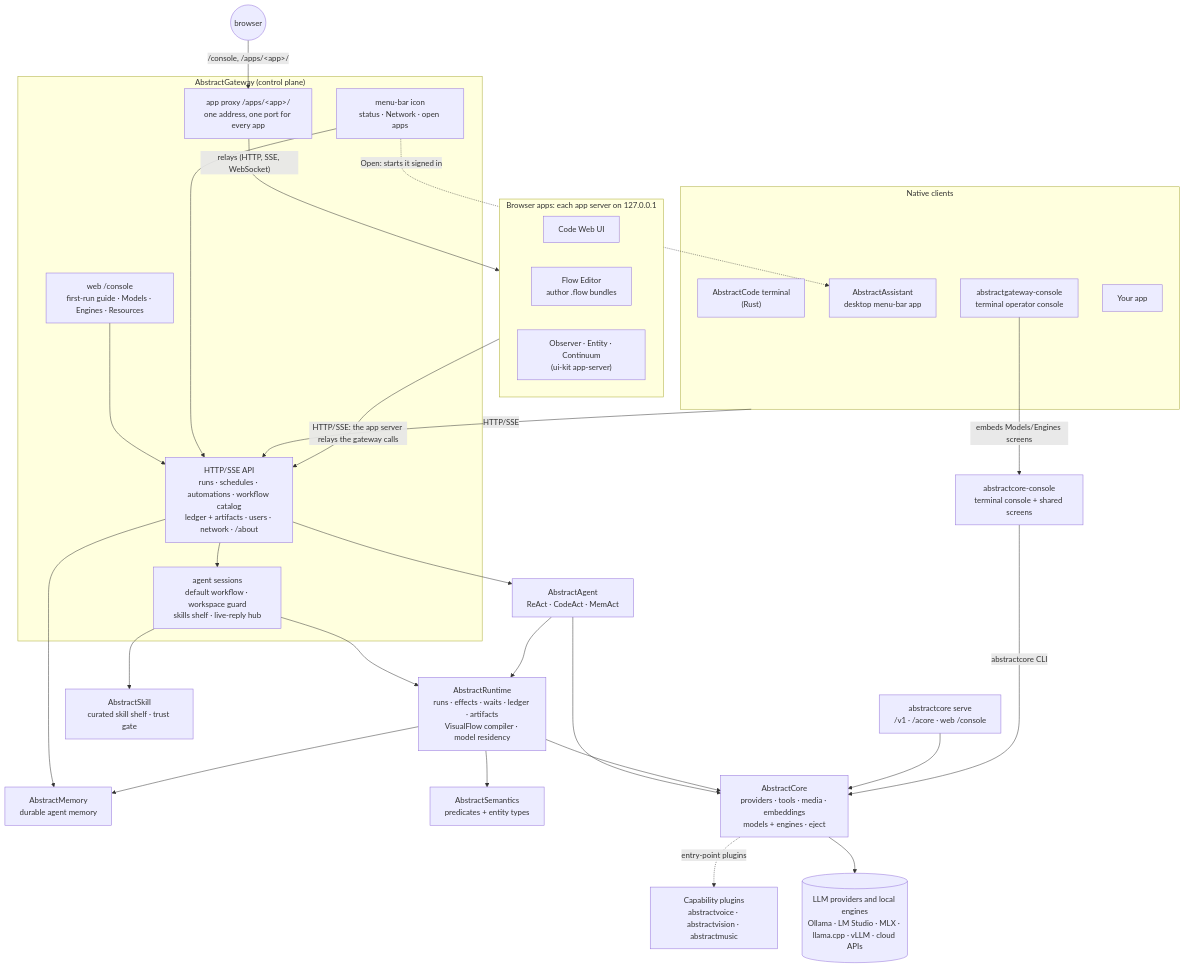
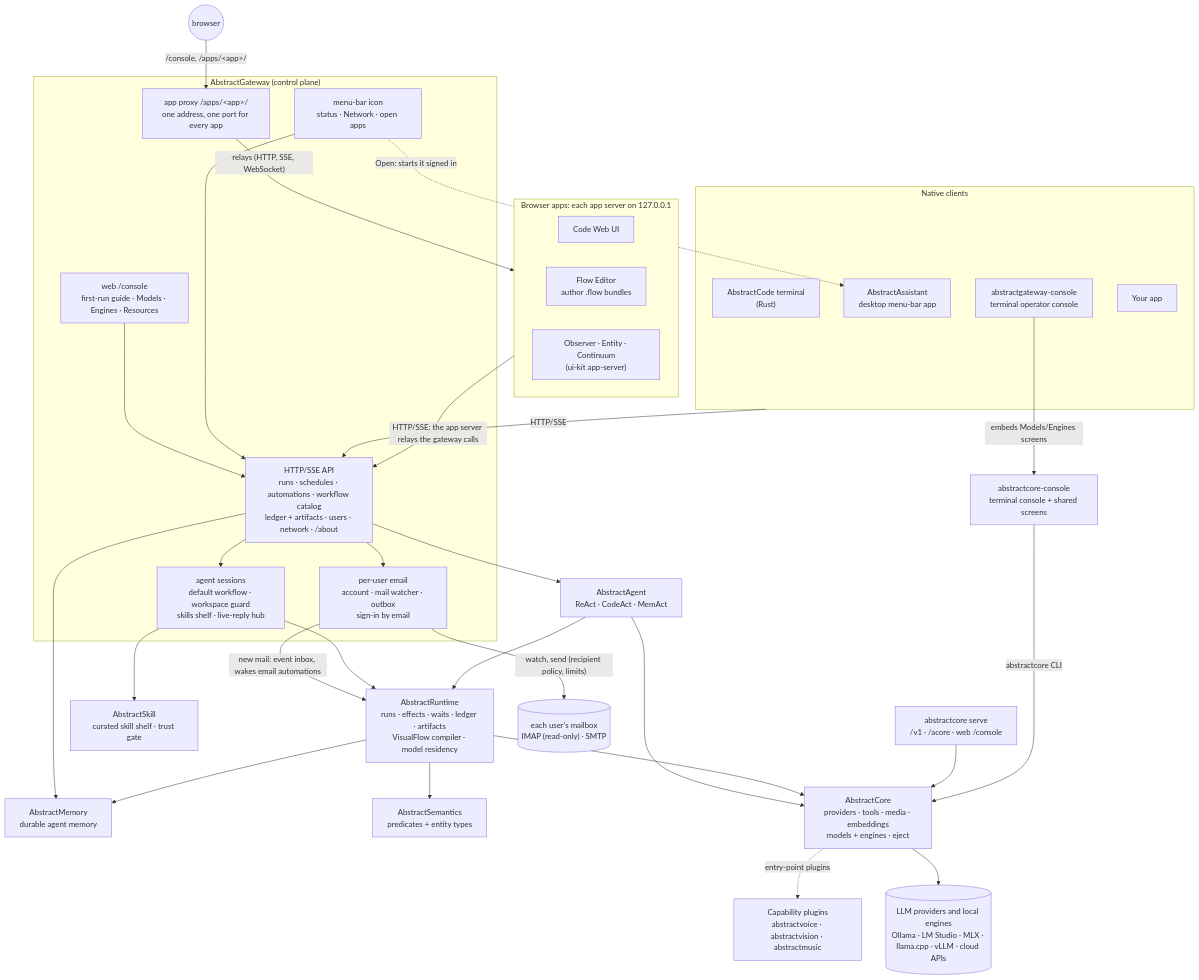
One commit to lpalbou/AbstractFramework changed the first of 7 diagrams in docs/architecture.md. Above: the diagram before and after it, drawn with Mermaid. The commit also changed other lines of this file and 22 other files, not shown here.

````diff
--- a/docs/architecture.md
+++ b/docs/architecture.md
@@ -50,59 +51,64 @@
 ```mermaid
 flowchart TB
     subgraph CLIENTS["Native clients"]
         CODET["AbstractCode terminal<br/>(Rust)"]
         ASSIST["AbstractAssistant<br/>desktop menu-bar app"]
         GCON["abstractgateway-console<br/>terminal operator console"]
         APP["Your app"]
     end
 
     BR(("browser"))
 
     subgraph BROWSER["Browser apps: each app server on 127.0.0.1"]
         CODEW["Code Web UI"]
         FLOWED["Flow Editor<br/>author .flow bundles"]
         UIAPPS["Observer · Entity · Continuum<br/>(ui-kit app-server)"]
     end
 
     subgraph GATEWAY["AbstractGateway (control plane)"]
         API["HTTP/SSE API<br/>runs · schedules · automations · workflow catalog<br/>ledger + artifacts · users · network · /about"]
         APXY["app proxy /apps/&lt;app&gt;/<br/>one address, one port for every app"]
         SESS["agent sessions<br/>default workflow · workspace guard<br/>skills shelf · live-reply hub"]
         WEB["web /console<br/>first-run guide · Models · Engines · Resources"]
         TRAY["menu-bar icon<br/>status · Network · open apps"]
+        MAIL["per-user email<br/>account · mail watcher · outbox<br/>sign-in by email"]
     end
 
     AGENT["AbstractAgent<br/>ReAct · CodeAct · MemAct"]
     RT["AbstractRuntime<br/>runs · effects · waits · ledger · artifacts<br/>VisualFlow compiler · model residency"]
     MEM["AbstractMemory<br/>durable agent memory"]
     SEM["AbstractSemantics<br/>predicates + entity types"]
     SKILL["AbstractSkill<br/>curated skill shelf · trust gate"]
     CORE["AbstractCore<br/>providers · tools · media · embeddings<br/>models + engines · eject"]
     PLUG["Capability plugins<br/>abstractvoice · abstractvision · abstractmusic"]
     CSRV["abstractcore serve<br/>/v1 · /acore · web /console"]
     CCON["abstractcore-console<br/>terminal console + shared screens"]
     PROV[("LLM providers and local engines<br/>Ollama · LM Studio · MLX · llama.cpp · vLLM · cloud APIs")]
+    MBOX[("each user's mailbox<br/>IMAP (read-only) · SMTP")]
 
     CLIENTS -->|HTTP/SSE| API
     BR -->|"/console, /apps/&lt;app&gt;/"| APXY
     APXY -->|"relays (HTTP, SSE, WebSocket)"| BROWSER
     BROWSER -->|"HTTP/SSE: the app server relays the gateway calls"| API
     WEB --> API
     TRAY --> API
     TRAY -.->|"Open: starts it signed in"| ASSIST
     API --> SESS
+    API --> MAIL
+    MAIL -->|"new mail: event inbox, wakes email automations"| RT
+    MAIL -->|"watch, send (recipient policy, limits)"| MBOX
     SESS --> SKILL
     SESS --> RT
     API --> AGENT
     API --> MEM
     AGENT --> RT
     AGENT --> CORE
     RT --> CORE
     RT --> MEM
     RT --> SEM
     CORE -.->|entry-point plugins| PLUG
     CORE --> PROV
     GCON -->|embeds Models/Engines screens| CCON
     CSRV --> CORE
     CCON -->|abstractcore CLI| CORE
 ```
````
